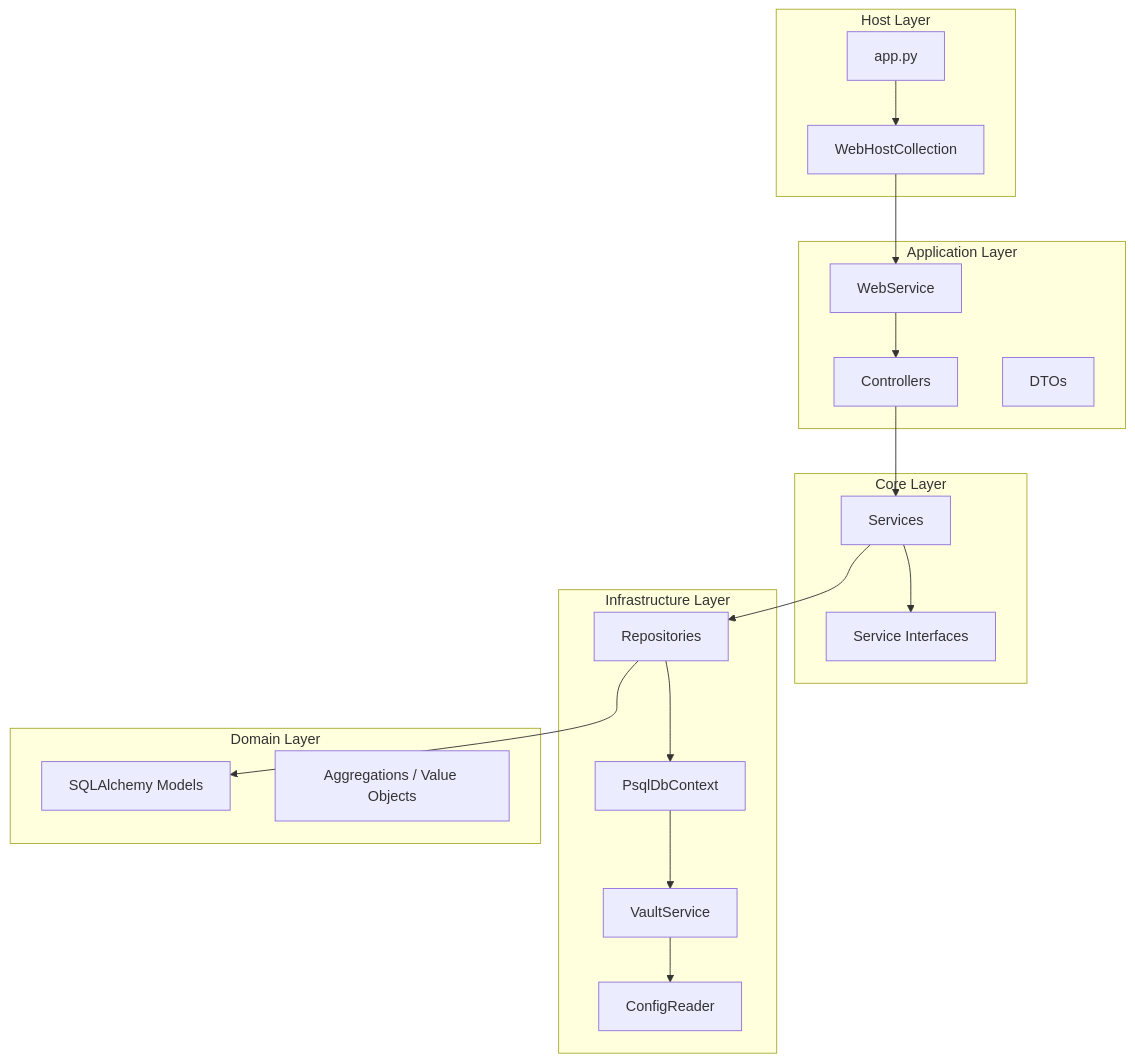
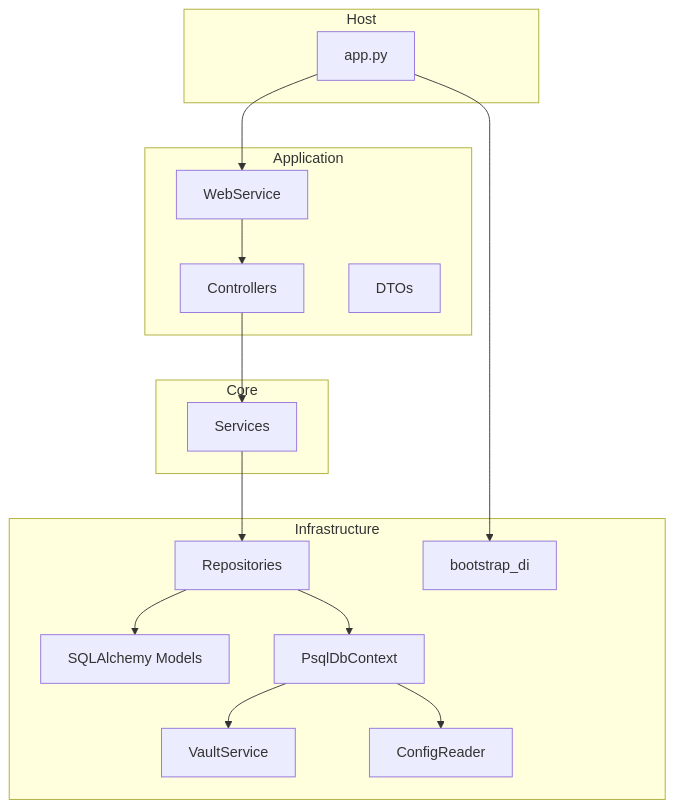
Before and after one commit to majva/web.service.majva-py: the first of 2 diagrams in README.md, drawn with Mermaid. The commit also changed other lines of this file and 41 other files, not shown here.

````diff
--- a/README.md
+++ b/README.md
@@ -23,40 +23,35 @@
 ```mermaid
 flowchart TB
-    subgraph Host["Host Layer"]
+    subgraph Host["Host"]
         App["app.py"]
-        HostCol["WebHostCollection"]
     end
 
-    subgraph Application["Application Layer"]
+    subgraph Application["Application"]
         Web["WebService"]
         Ctrl["Controllers"]
         DTO["DTOs"]
     end
 
-    subgraph Core["Core Layer"]
+    subgraph Core["Core"]
         Svc["Services"]
-        ISvc["Service Interfaces"]
     end
 
-    subgraph Infrastructure["Infrastructure Layer"]
+    subgraph Infrastructure["Infrastructure"]
         Repo["Repositories"]
+        Models["SQLAlchemy Models"]
         DB["PsqlDbContext"]
         Vault["VaultService"]
         Config["ConfigReader"]
+        DI["bootstrap_di"]
     end
 
-    subgraph Domain["Domain Layer"]
-        Models["SQLAlchemy Models"]
-        Agg["Aggregations / Value Objects"]
-    end
-
-    App --> HostCol --> Web
+    App --> DI
+    App --> Web
     Web --> Ctrl
     Ctrl --> Svc
-    Svc --> ISvc
     Svc --> Repo
     Repo --> Models
     Repo --> DB
+    DB --> Config
     DB --> Vault
-    Vault --> Config
 ```
````
